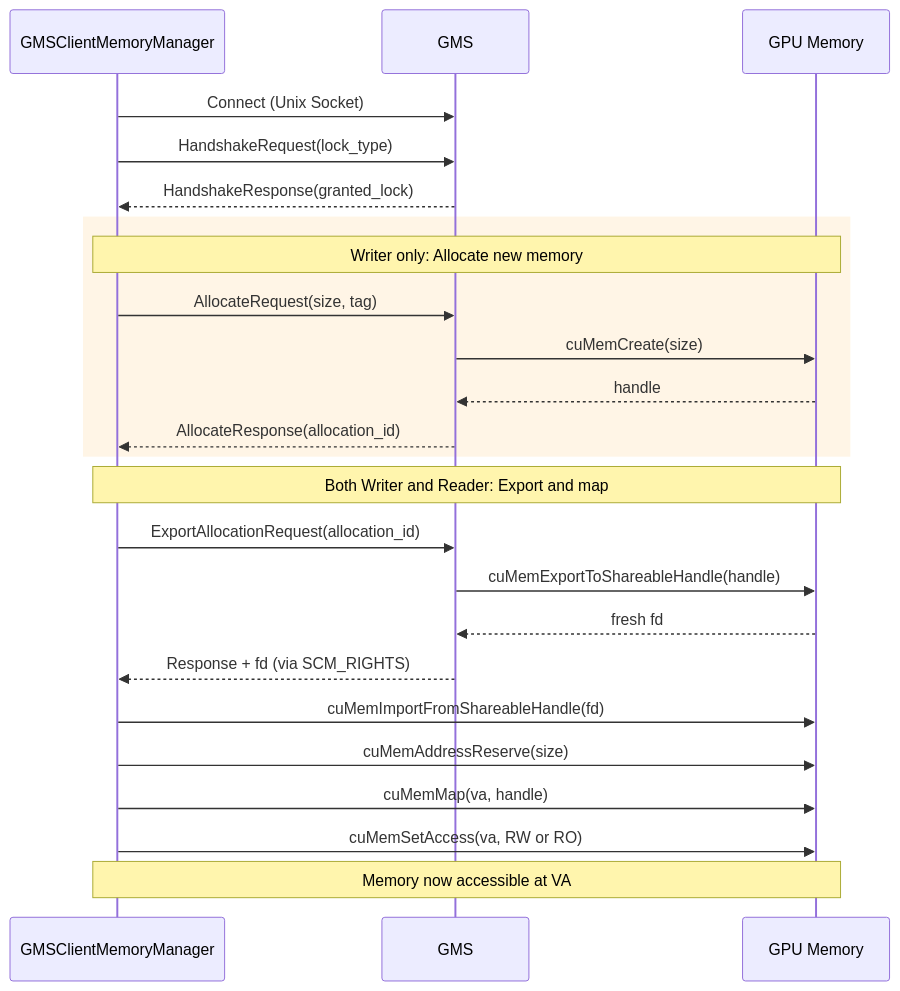
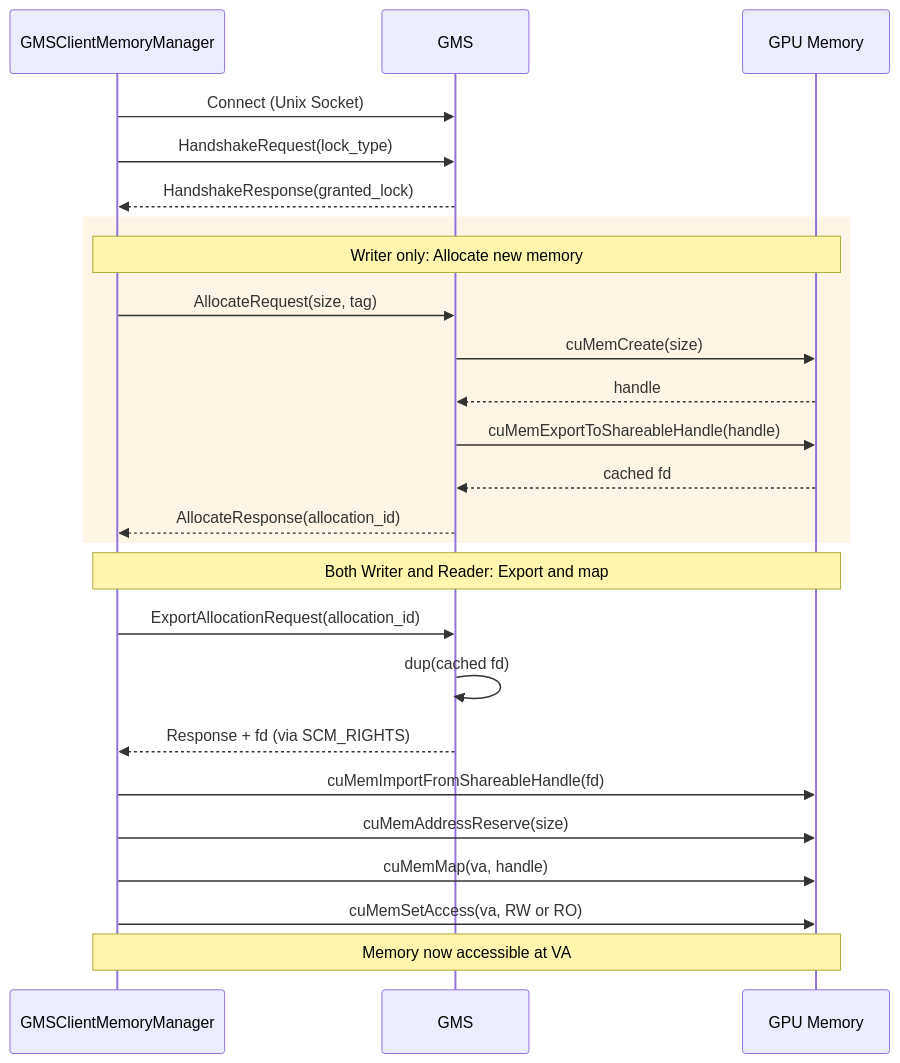
The first of 8 diagrams in lib/gpu_memory_service/README.md (githubgxll/dynamo), drawn with Mermaid before and after one commit. The commit also changed other lines of this file and 6602 other files, not shown here.

````diff
--- a/lib/gpu_memory_service/README.md
+++ b/lib/gpu_memory_service/README.md
@@ -92,34 +92,35 @@
 ```mermaid
 sequenceDiagram
     participant C as GMSClientMemoryManager
     participant S as GMS
     participant GPU as GPU Memory
 
     %% Connection
     C->>S: Connect (Unix Socket)
     C->>S: HandshakeRequest(lock_type)
     S-->>C: HandshakeResponse(granted_lock)
 
     %% Allocation (Writer only)
     rect rgb(255, 245, 230)
         Note over C,GPU: Writer only: Allocate new memory
         C->>S: AllocateRequest(size, tag)
         S->>GPU: cuMemCreate(size)
         GPU-->>S: handle
+        S->>GPU: cuMemExportToShareableHandle(handle)
+        GPU-->>S: cached fd
         S-->>C: AllocateResponse(allocation_id)
     end
 
     %% Export/Import (Both Writer and Reader)
     Note over C,GPU: Both Writer and Reader: Export and map
     C->>S: ExportAllocationRequest(allocation_id)
-    S->>GPU: cuMemExportToShareableHandle(handle)
-    GPU-->>S: fresh fd
+    S->>S: dup(cached fd)
     S-->>C: Response + fd (via SCM_RIGHTS)
 
     C->>GPU: cuMemImportFromShareableHandle(fd)
     C->>GPU: cuMemAddressReserve(size)
     C->>GPU: cuMemMap(va, handle)
     C->>GPU: cuMemSetAccess(va, RW or RO)
 
     Note over C,GPU: Memory now accessible at VA
 ```
````
